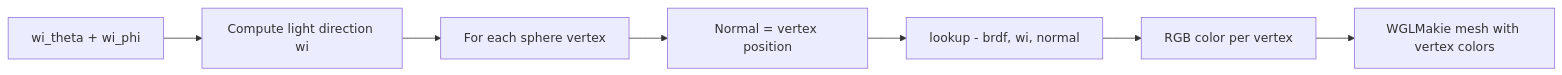
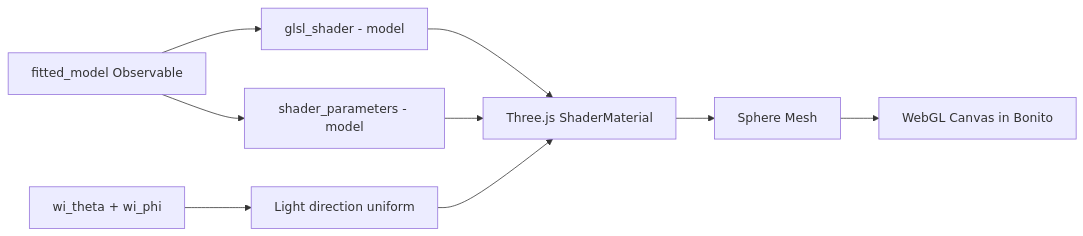
Before and after one commit to makley273/BRDF_Toolkit: the diagram in plans/interactive_app_rendering_plan.md, drawn with Mermaid. The commit also changed other lines of this file and 3 other files, not shown here.

````diff
--- a/plans/interactive_app_rendering_plan.md
+++ b/plans/interactive_app_rendering_plan.md
@@ -177,9 +76,12 @@
 ```mermaid
 graph LR
-    A[wi_theta + wi_phi] --> B[Compute light direction wi]
-    B --> C[For each sphere vertex]
-    C --> D[Normal = vertex position]
-    D --> E[lookup - brdf, wi, normal]
-    E --> F[RGB color per vertex]
-    F --> G[WGLMakie mesh with vertex colors]
+    A[fitted_model Observable] --> B[glsl_shader - model]
+    A --> C[shader_parameters - model]
+    B --> D[Three.js ShaderMaterial]
+    C --> D
+    D --> E[Sphere Mesh]
+    E --> F[WebGL Canvas in Bonito]
+    
+    G[wi_theta + wi_phi] --> H[Light direction uniform]
+    H --> D
 ```
````
